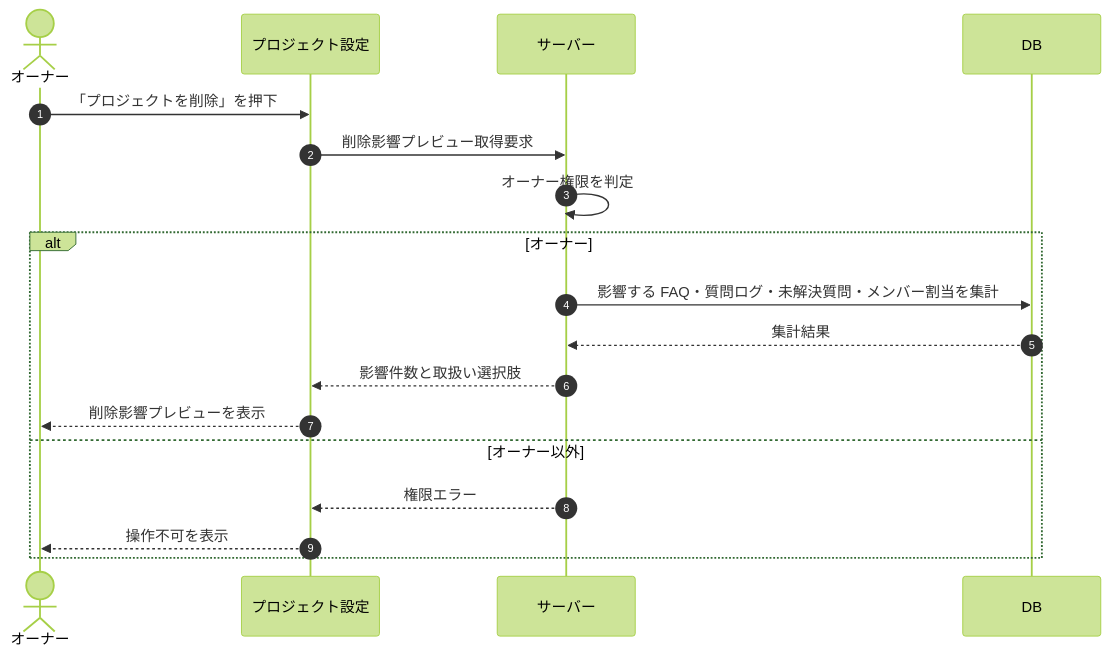
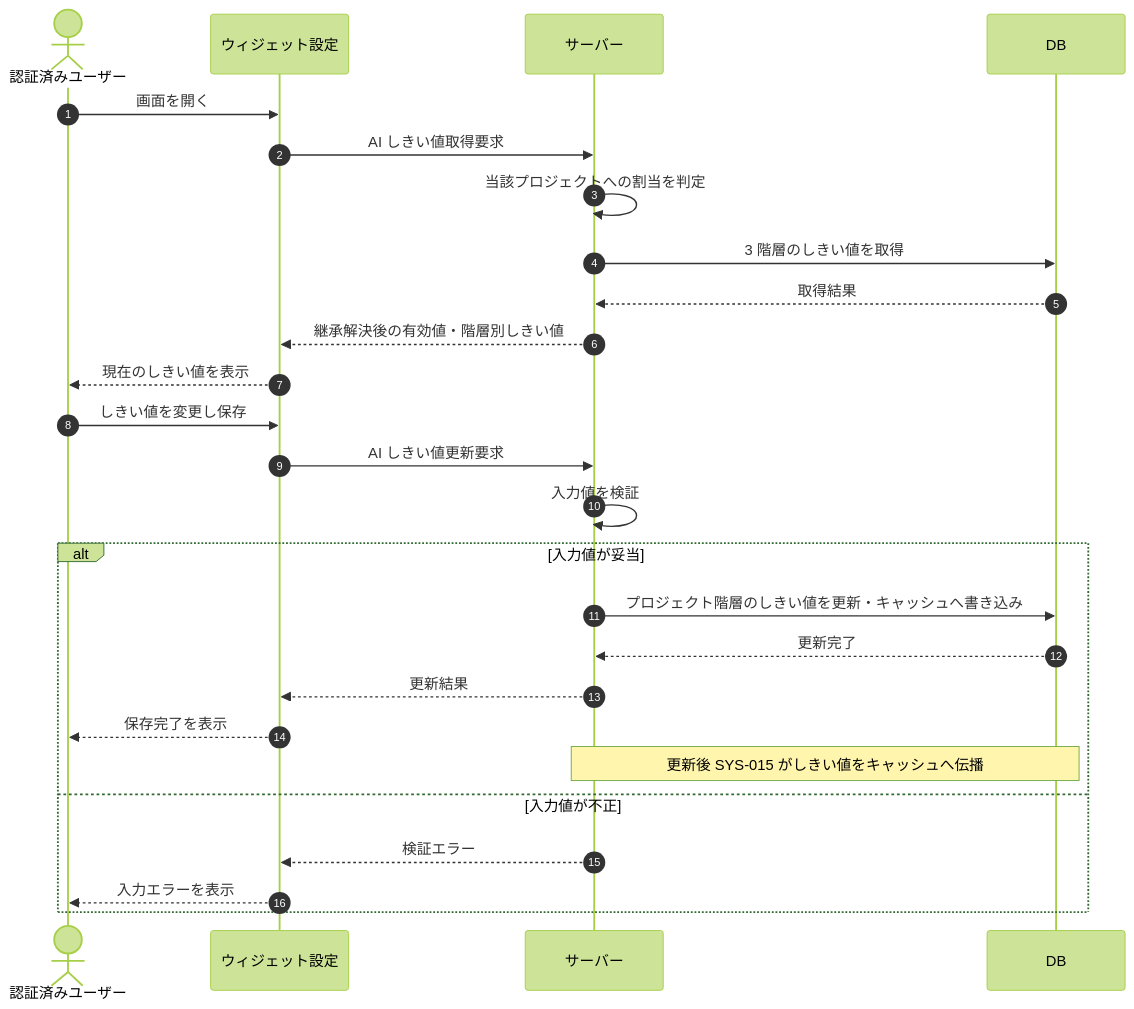
The diagram in 02_basic_design/03_sequences/SEQ-122.md (sikakou54/open-faq), drawn with Mermaid (forest theme) before and after one commit. The commit also changed other lines of this file and 99 other files, not shown here.

````diff
--- a/02_basic_design/03_sequences/SEQ-122.md
+++ b/02_basic_design/03_sequences/SEQ-122.md
@@ -25,20 +25,28 @@
 ```mermaid
 sequenceDiagram
   autonumber
-  actor U as オーナー
-  participant Screen as プロジェクト設定
+  actor U as 認証済みユーザー
+  participant Screen as ウィジェット設定
   participant Server as サーバー
   participant DB as DB
-  U->>Screen: 「プロジェクトを削除」を押下
-  Screen->>Server: 削除影響プレビュー取得要求
-  Server->>Server: オーナー権限を判定
-  alt オーナー
-    Server->>DB: 影響する FAQ・質問ログ・未解決質問・メンバー割当を集計
-    DB-->>Server: 集計結果
-    Server-->>Screen: 影響件数と取扱い選択肢
-    Screen-->>U: 削除影響プレビューを表示
-  else オーナー以外
-    Server-->>Screen: 権限エラー
-    Screen-->>U: 操作不可を表示
+  U->>Screen: 画面を開く
+  Screen->>Server: AI しきい値取得要求
+  Server->>Server: 当該プロジェクトへの割当を判定
+  Server->>DB: 3 階層のしきい値を取得
+  DB-->>Server: 取得結果
+  Server-->>Screen: 継承解決後の有効値・階層別しきい値
+  Screen-->>U: 現在のしきい値を表示
+  U->>Screen: しきい値を変更し保存
+  Screen->>Server: AI しきい値更新要求
+  Server->>Server: 入力値を検証
+  alt 入力値が妥当
+    Server->>DB: プロジェクト階層のしきい値を更新・キャッシュへ書き込み
+    DB-->>Server: 更新完了
+    Server-->>Screen: 更新結果
+    Screen-->>U: 保存完了を表示
+    Note over Server,DB: 更新後 SYS-015 がしきい値をキャッシュへ伝播
+  else 入力値が不正
+    Server-->>Screen: 検証エラー
+    Screen-->>U: 入力エラーを表示
   end
 ```
````
